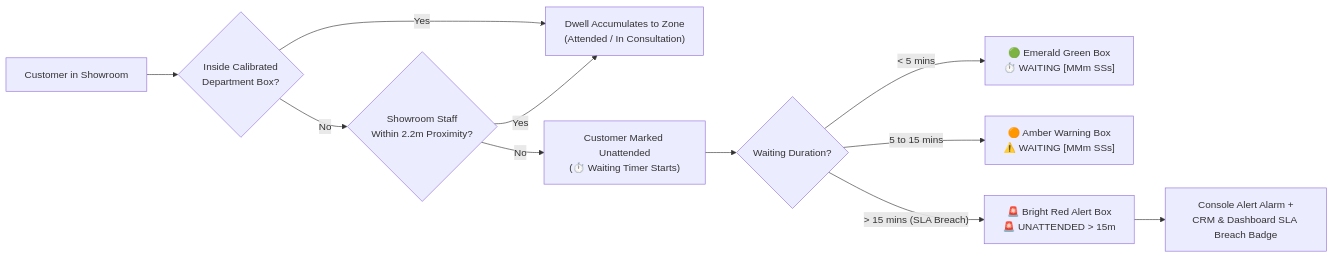
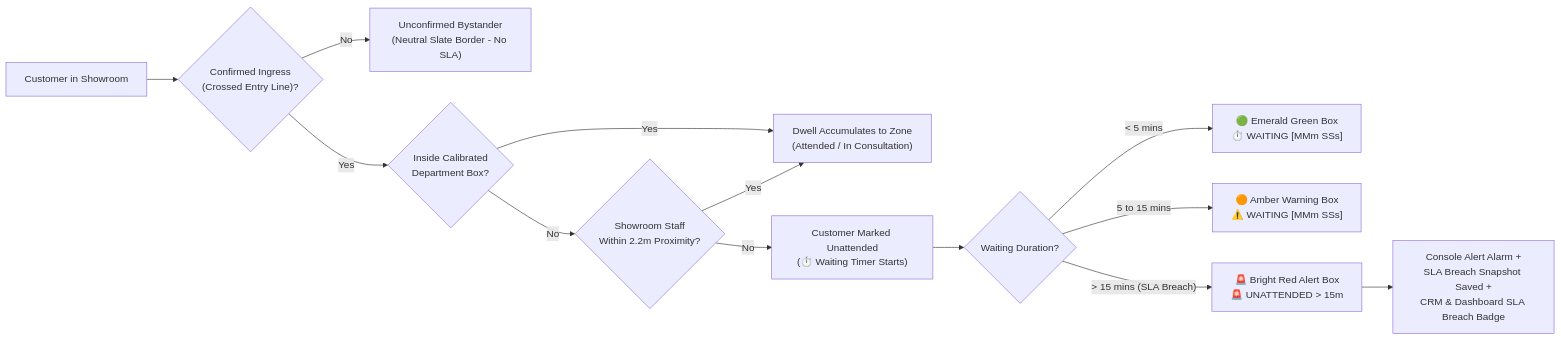
One commit to sujitctpl/jms-tech changed the third of 3 diagrams in README.md. Above: the diagram before and after it, drawn with Mermaid. The commit also changed other lines of this file and 78 other files, not shown here.

````diff
--- a/README.md
+++ b/README.md
@@ -485,13 +536,15 @@
 ```mermaid
 flowchart LR
-    A["Customer in Showroom"] --> B{"Inside Calibrated<br/>Department Box?"}
-    B -- Yes --> C["Dwell Accumulates to Zone<br/>(Attended / In Consultation)"]
-    B -- No --> D{"Showroom Staff<br/>Within 2.2m Proximity?"}
-    D -- Yes --> C
-    D -- No --> E["Customer Marked Unattended<br/>(⏱️ Waiting Timer Starts)"]
-    E --> F{"Waiting Duration?"}
-    F -- "< 5 mins" --> G["🟢 Emerald Green Box<br/>⏱️ WAITING [MMm SSs]"]
-    F -- "5 to 15 mins" --> H["🟠 Amber Warning Box<br/>⚠️ WAITING [MMm SSs]"]
-    F -- "> 15 mins (SLA Breach)" --> I["🚨 Bright Red Alert Box<br/>🚨 UNATTENDED > 15m"]
-    I --> J["Console Alert Alarm +<br/>CRM & Dashboard SLA Breach Badge"]
+    A["Customer in Showroom"] --> B{"Confirmed Ingress<br/>(Crossed Entry Line)?"}
+    B -- No --> C["Unconfirmed Bystander<br/>(Neutral Slate Border - No SLA)"]
+    B -- Yes --> D{"Inside Calibrated<br/>Department Box?"}
+    D -- Yes --> E["Dwell Accumulates to Zone<br/>(Attended / In Consultation)"]
+    D -- No --> F{"Showroom Staff<br/>Within 2.2m Proximity?"}
+    F -- Yes --> E
+    F -- No --> G["Customer Marked Unattended<br/>(⏱️ Waiting Timer Starts)"]
+    G --> H{"Waiting Duration?"}
+    H -- "< 5 mins" --> I["🟢 Emerald Green Box<br/>⏱️ WAITING [MMm SSs]"]
+    H -- "5 to 15 mins" --> J["🟠 Amber Warning Box<br/>⚠️ WAITING [MMm SSs]"]
+    H -- "> 15 mins (SLA Breach)" --> K["🚨 Bright Red Alert Box<br/>🚨 UNATTENDED > 15m"]
+    K --> L["Console Alert Alarm +<br/>SLA Breach Snapshot Saved +<br/>CRM & Dashboard SLA Breach Badge"]
 ```
````
